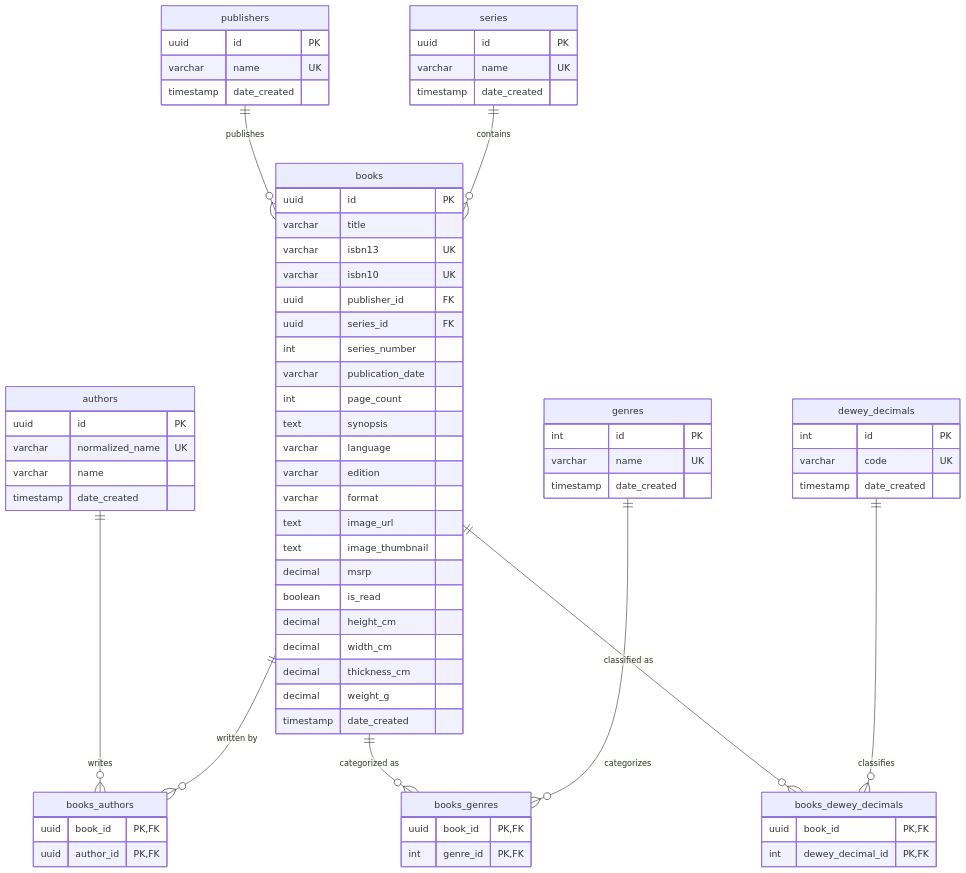
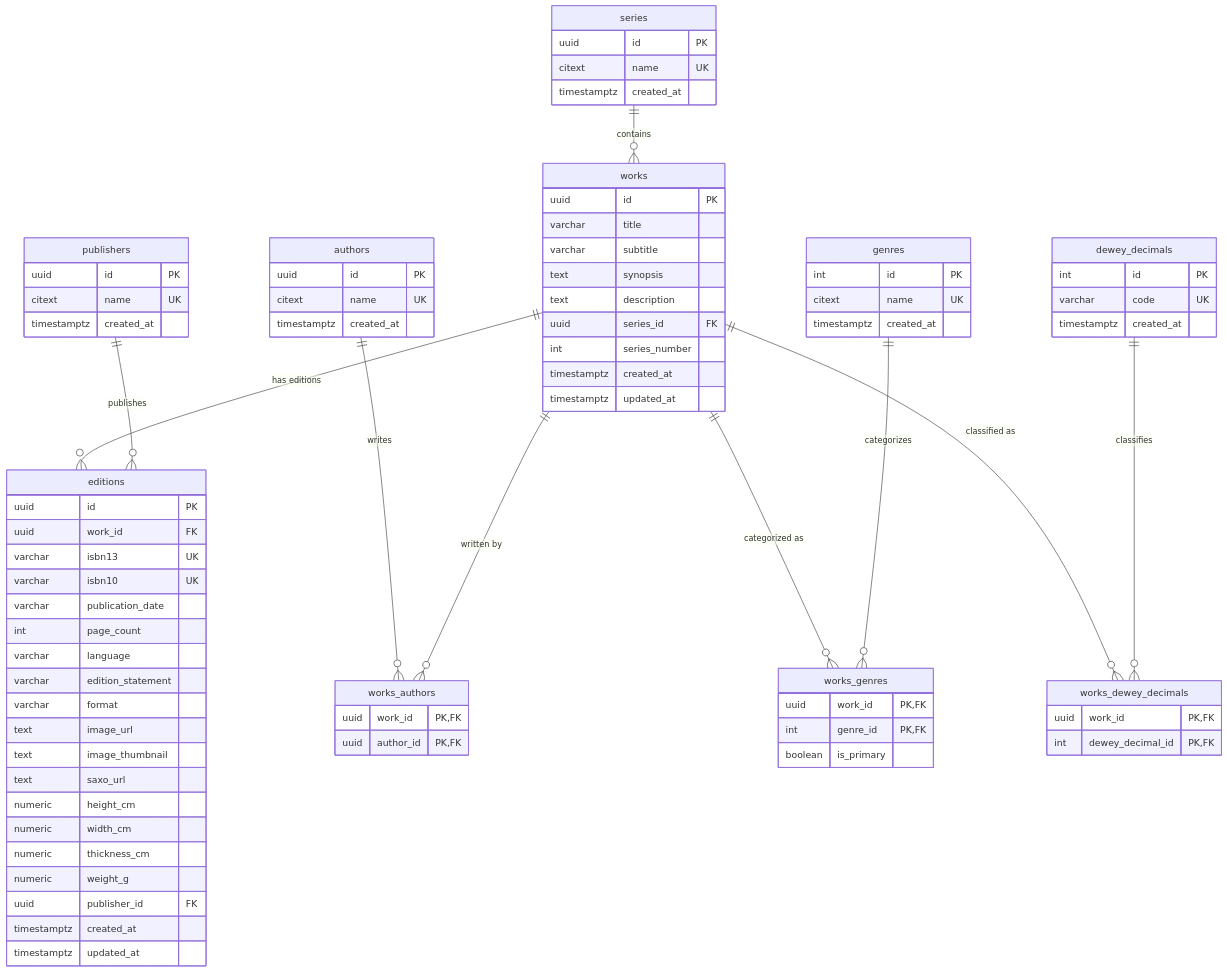
The diagram in README.md (lynge96/Reveries), drawn with Mermaid before and after one commit. The commit also changed other lines of this file and 100 other files, not shown here.

````diff
--- a/README.md
+++ b/README.md
@@ -55,85 +57,96 @@
 ```mermaid
 erDiagram
-    authors {
-        uuid id PK
-        varchar normalized_name UK
-        varchar name
-        timestamp date_created
-    }
-    
-    books {
+    works {
         uuid id PK
         varchar title
+        varchar subtitle
+        text synopsis
+        text description
+        uuid series_id FK
+        int series_number
+        timestamptz created_at
+        timestamptz updated_at
+    }
+
+    editions {
+        uuid id PK
+        uuid work_id FK
         varchar isbn13 UK
         varchar isbn10 UK
-        uuid publisher_id FK
-        uuid series_id FK
-        int series_number
         varchar publication_date
         int page_count
-        text synopsis
         varchar language
-        varchar edition
+        varchar edition_statement
         varchar format
         text image_url
         text image_thumbnail
-        decimal msrp
-        boolean is_read
-        decimal height_cm
-        decimal width_cm
-        decimal thickness_cm
-        decimal weight_g
-        timestamp date_created
+        text saxo_url
+        numeric height_cm
+        numeric width_cm
+        numeric thickness_cm
+        numeric weight_g
+        uuid publisher_id FK
+        timestamptz created_at
+        timestamptz updated_at
     }
-    
+
+    authors {
+        uuid id PK
+        citext name UK
+        timestamptz created_at
+    }
+
     publishers {
         uuid id PK
-        varchar name UK
-        timestamp date_created
+        citext name UK
+        timestamptz created_at
     }
-    
+
+    series {
+        uuid id PK
+        citext name UK
+        timestamptz created_at
+    }
+
     genres {
         int id PK
-        varchar name UK
-        timestamp date_created
-    }
-    
-    books_authors {
-        uuid book_id PK, FK
-        uuid author_id PK, FK
-    }
-    
-    books_genres {
-        uuid book_id PK, FK
-        int genre_id PK, FK
-    }
-    
-    books_dewey_decimals {
-        uuid book_id PK, FK
-        int dewey_decimal_id PK, FK
+        citext name UK
+        timestamptz created_at
     }
 
     dewey_decimals {
         int id PK
         varchar code UK
-        timestamp date_created
+        timestamptz created_at
     }
 
-    series {
-        uuid id PK
-        varchar name UK
-        timestamp date_created
+    works_authors {
+        uuid work_id PK, FK
+        uuid author_id PK, FK
     }
 
-    authors ||--o{ books_authors : "writes"
-    books ||--o{ books_authors : "written by"
+    works_genres {
+        uuid work_id PK, FK
+        int genre_id PK, FK
+        boolean is_primary
+    }
 
-    books ||--o{ books_genres : "categorized as"
-    genres ||--o{ books_genres : "categorizes"
+    works_dewey_decimals {
+        uuid work_id PK, FK
+        int dewey_decimal_id PK, FK
+    }
 
-    books ||--o{ books_dewey_decimals : "classified as"
-    dewey_decimals ||--o{ books_dewey_decimals : "classifies"
+    works ||--o{ editions : "has editions"
 
-    publishers ||--o{ books : "publishes"
-    series ||--o{ books : "contains"
+    authors ||--o{ works_authors : "writes"
+    works ||--o{ works_authors : "written by"
+
+    works ||--o{ works_genres : "categorized as"
+    genres ||--o{ works_genres : "categorizes"
+
+    works ||--o{ works_dewey_decimals : "classified as"
+    dewey_decimals ||--o{ works_dewey_decimals : "classifies"
+
+    publishers ||--o{ editions : "publishes"
+    series ||--o{ works : "contains"
 ```
````
